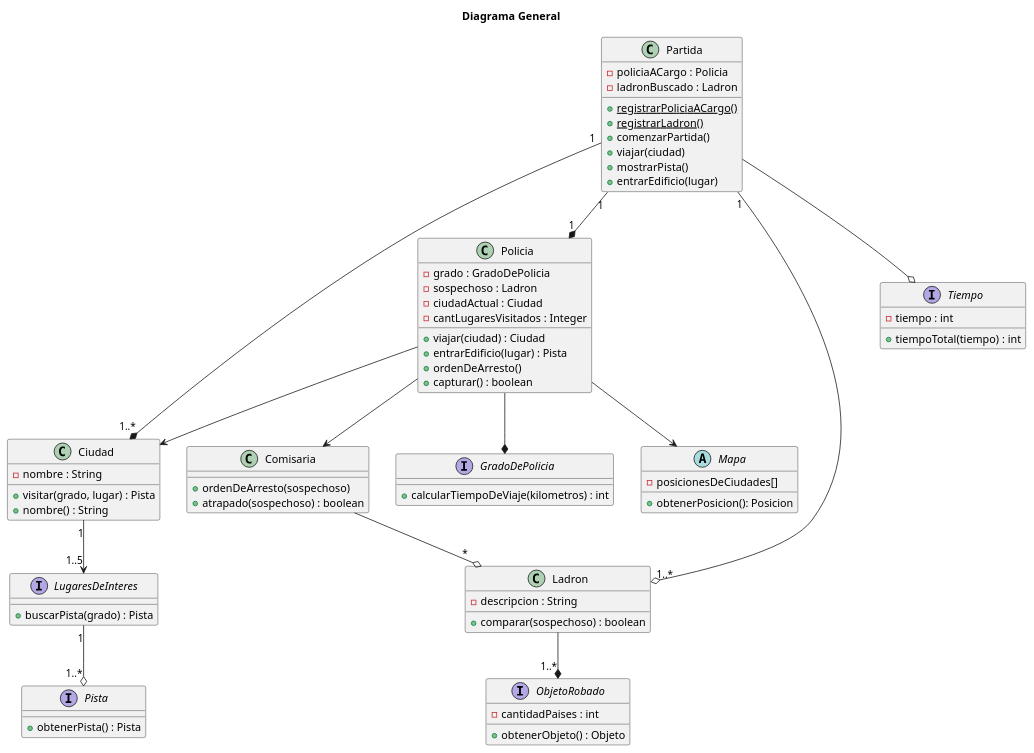
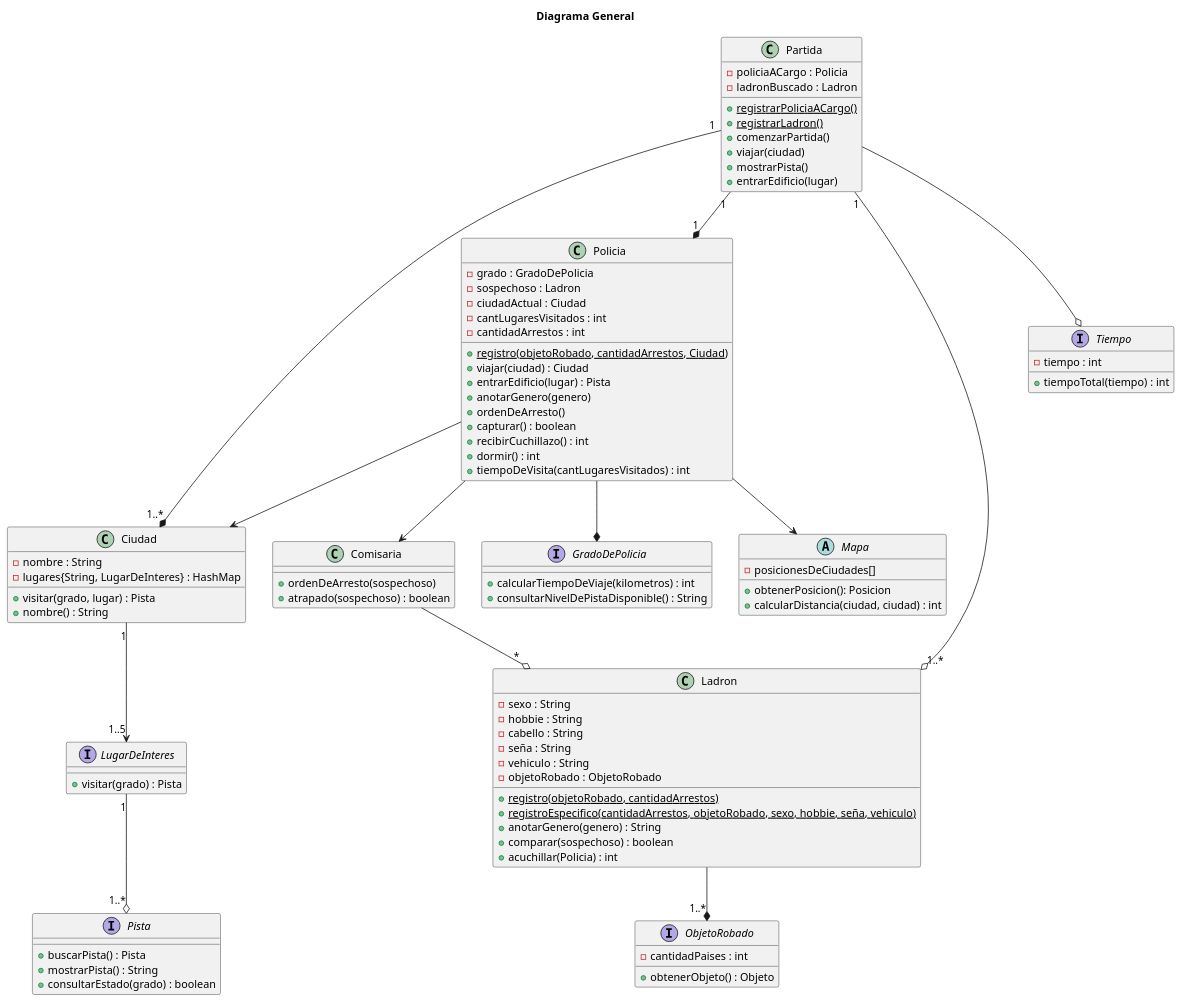
Before and after one commit to kmu01/Algo3_tp2: the diagram in diagrams/classes/DC_general.puml, drawn with PlantUML. The commit also changed 4 other files, not shown here.

Commit message:
Actualizo diagramas con nomenclaturas a observar

```diff
--- a/diagrams/classes/DC_general.puml
+++ b/diagrams/classes/DC_general.puml
@@ -1,83 +1,103 @@
 @startuml 
 title Diagrama General
 
 
 class Ciudad{
     - nombre : String
+    - lugares{String, LugarDeInteres} : HashMap
     + visitar(grado, lugar) : Pista
     + nombre() : String
 
 }
 class Partida{
     - policiaACargo : Policia
     - ladronBuscado : Ladron
     + {static} registrarPoliciaACargo()
     + {static} registrarLadron()
     + comenzarPartida()
     + viajar(ciudad)
     + mostrarPista()
     + entrarEdificio(lugar)
 }
 
 class Comisaria{
     + ordenDeArresto(sospechoso)
     + atrapado(sospechoso) : boolean
 }
 class Ladron{
-    - descripcion : String
+    - sexo : String
+    - hobbie : String
+    - cabello : String
+    - seña : String
+    - vehiculo : String
+    - objetoRobado : ObjetoRobado
+    + {static} registro(objetoRobado, cantidadArrestos)
+    + {static} registroEspecifico(cantidadArrestos, objetoRobado, sexo, hobbie, seña, vehiculo)
+    + anotarGenero(genero) : String
     + comparar(sospechoso) : boolean
+    + acuchillar(Policia) : int
 }
 
 class Policia{
     - grado : GradoDePolicia
     - sospechoso : Ladron
     - ciudadActual : Ciudad
-    - cantLugaresVisitados : Integer
+    - cantLugaresVisitados : int
+    - cantidadArrestos : int
+    + {static} registro(objetoRobado, cantidadArrestos, Ciudad)
     + viajar(ciudad) : Ciudad
     + entrarEdificio(lugar) : Pista
+    + anotarGenero(genero)
     + ordenDeArresto()
     + capturar() : boolean
+    + recibirCuchillazo() : int
+    + dormir() : int
+    + tiempoDeVisita(cantLugaresVisitados) : int
 }
 
 abstract Mapa{
-    -posicionesDeCiudades[]
-    +obtenerPosicion(): Posicion
+    - posicionesDeCiudades[]
+    + obtenerPosicion(): Posicion
+    + calcularDistancia(ciudad, ciudad) : int
 }
 
 interface GradoDePolicia{
     + calcularTiempoDeViaje(kilometros) : int
+    + consultarNivelDePistaDisponible() : String
 }
 
-interface LugaresDeInteres{
-    + buscarPista(grado) : Pista
+interface LugarDeInteres{
+    + visitar(grado) : Pista
 }
 
 interface Pista{
-    + obtenerPista() : Pista
+    + buscarPista() : Pista
+    + mostrarPista() : String
+    + consultarEstado(grado) : boolean
 }
 
 interface ObjetoRobado{
     - cantidadPaises : int
 	+ obtenerObjeto() : Objeto
 }
 
 interface Tiempo{
     - tiempo : int
     + tiempoTotal(tiempo) : int
 }
 
 
 Partida "1" --o "1..*" Ladron
 Partida"1" --* "1"Policia
 Partida --o Tiempo
 Policia --* GradoDePolicia
 Policia --> Comisaria
 Policia --> Mapa
 Partida "1" --* "1..*" Ciudad
 Policia --> Ciudad
-Ciudad "1" --> "1..5"LugaresDeInteres
-LugaresDeInteres "1" --o "1..*" Pista
+Ciudad "1" --> "1..5"LugarDeInteres
+LugarDeInteres "1" --o "1..*" Pista
 Ladron --* "1..*" ObjetoRobado
 Comisaria --o "*" Ladron
 
 @enduml
```
